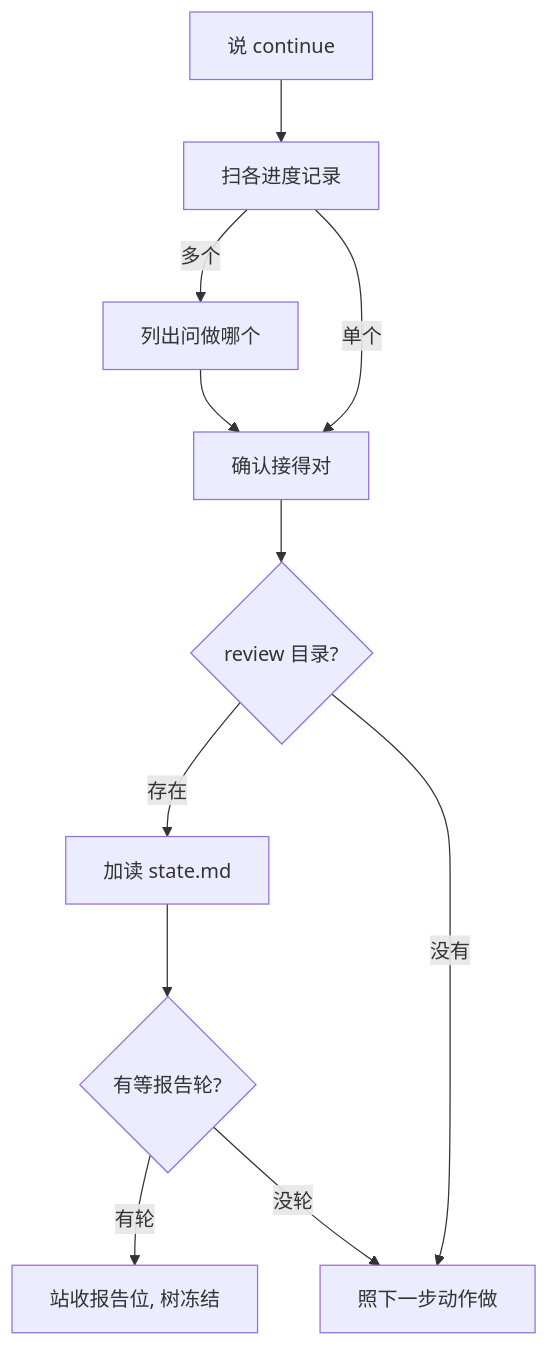
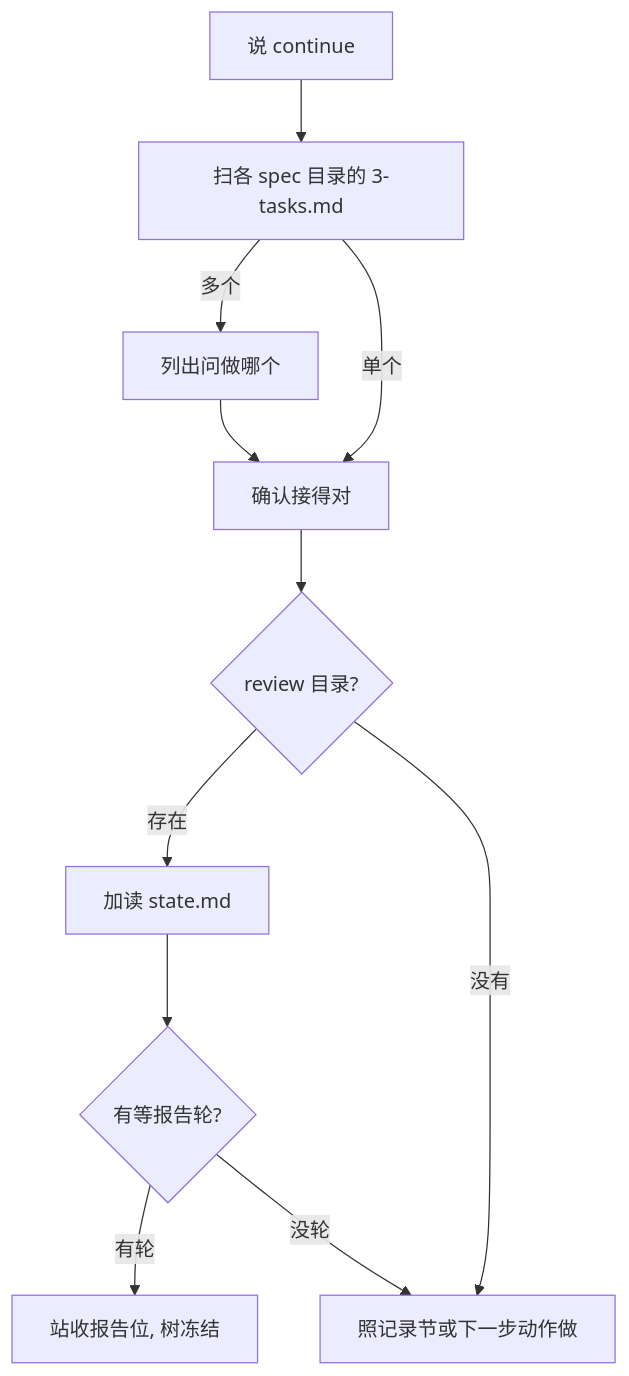
One commit to imknown/AndroidLowLevelDetector changed the second of 2 diagrams in docs/agents-cn/13-工作流.md. Above: the diagram before and after it, drawn with Mermaid. The commit also changed other lines of this file and 8 other files, not shown here.

````diff
--- a/docs/agents-cn/13-工作流.md
+++ b/docs/agents-cn/13-工作流.md
@@ -133,13 +53,13 @@
 ```mermaid
 flowchart TD
-    A[说 continue] --> B[扫各进度记录]
+    A[说 continue] --> B[扫各 spec 目录的 3-tasks.md]
     B -->|多个| C[列出问做哪个]
     B -->|单个| D[确认接得对]
     C --> D
     D --> E{review 目录?}
     E -->|存在| F[加读 state.md]
-    E -->|没有| H[照下一步动作做]
+    E -->|没有| H[照记录节或下一步动作做]
     F --> G{有等报告轮?}
     G -->|有轮| I[站收报告位, 树冻结]
     G -->|没轮| H
 ```
````
